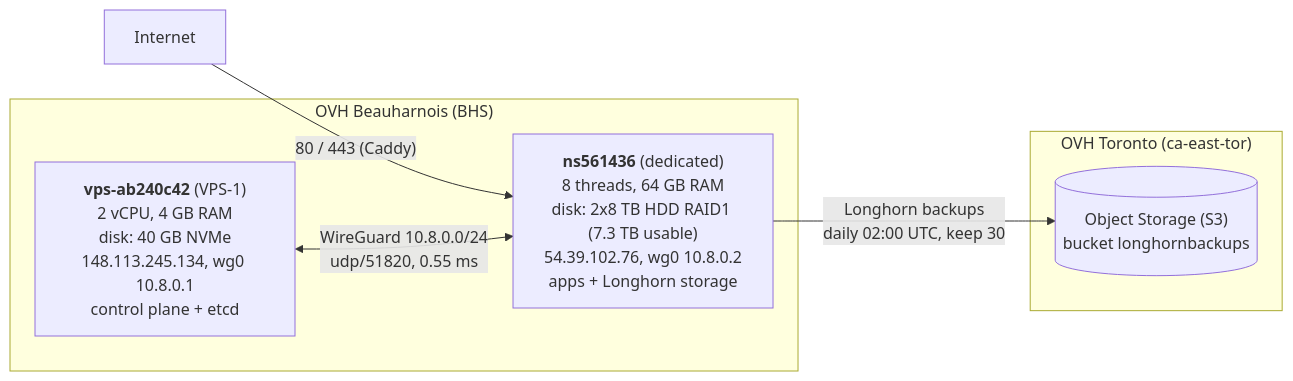
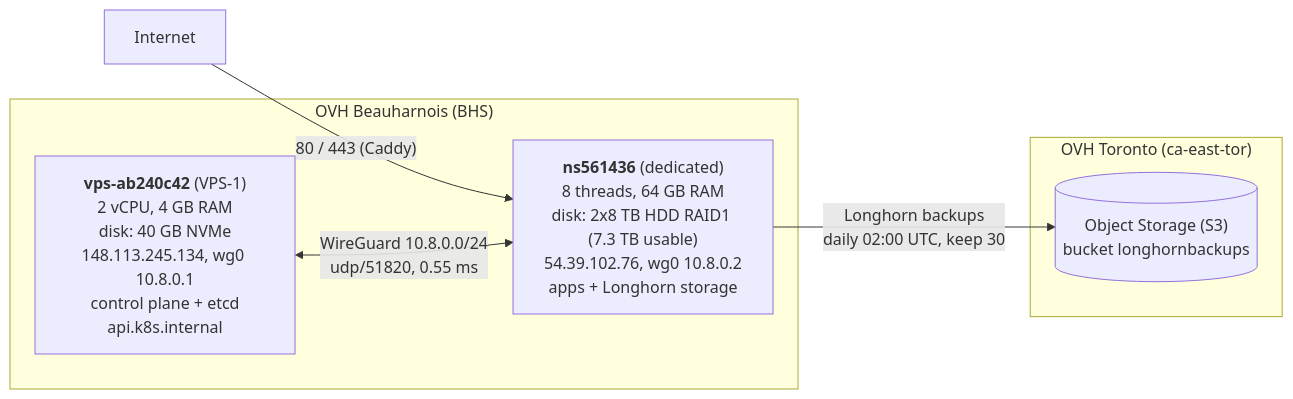
The diagram in README.md (Androz2091/k8s-infrastructure), drawn with Mermaid before and after one commit. The commit also changed other lines of this file and 3 other files, not shown here.

First line of the commit message:
feat: control plane and etcd on the VPS

````diff
--- a/README.md
+++ b/README.md
@@ -438,13 +441,13 @@
 ```mermaid
 flowchart LR
     Internet -->|"80 / 443 (Caddy)"| DED
     subgraph BHS["OVH Beauharnois (BHS)"]
-        VPS["<b>vps-ab240c42</b> (VPS-1)<br/>2 vCPU, 4 GB RAM<br/>disk: 40 GB NVMe<br/>148.113.245.134, wg0 10.8.0.1<br/>control plane + etcd"]
+        VPS["<b>vps-ab240c42</b> (VPS-1)<br/>2 vCPU, 4 GB RAM<br/>disk: 40 GB NVMe<br/>148.113.245.134, wg0 10.8.0.1<br/>control plane + etcd<br/>api.k8s.internal"]
         DED["<b>ns561436</b> (dedicated)<br/>8 threads, 64 GB RAM<br/>disk: 2x8 TB HDD RAID1 (7.3 TB usable)<br/>54.39.102.76, wg0 10.8.0.2<br/>apps + Longhorn storage"]
         VPS <-->|"WireGuard 10.8.0.0/24<br/>udp/51820, 0.55 ms"| DED
     end
     subgraph TOR["OVH Toronto (ca-east-tor)"]
         S3[("Object Storage (S3)<br/>bucket longhornbackups")]
     end
     DED -->|"Longhorn backups<br/>daily 02:00 UTC, keep 30"| S3
 ```
````
